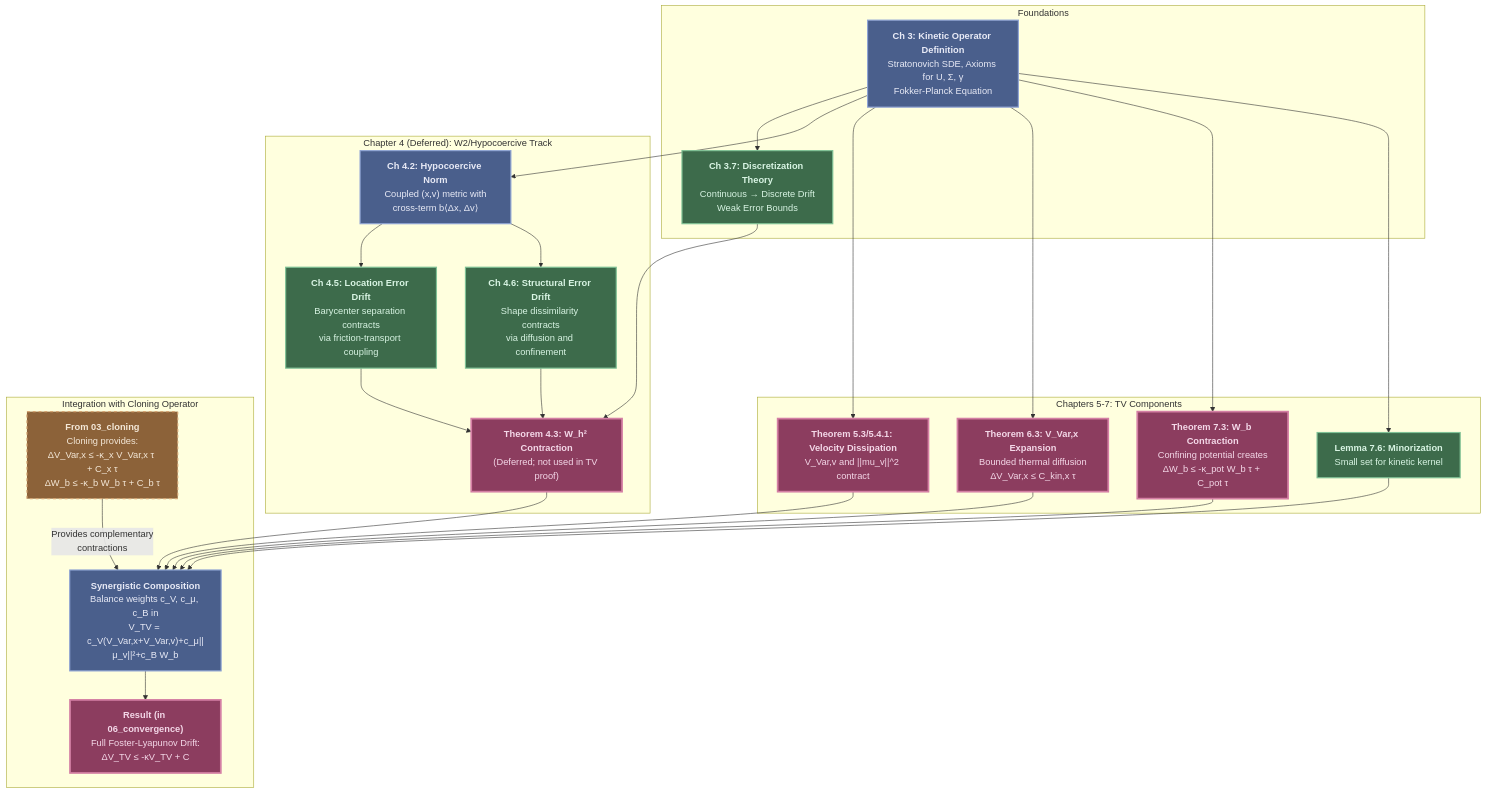
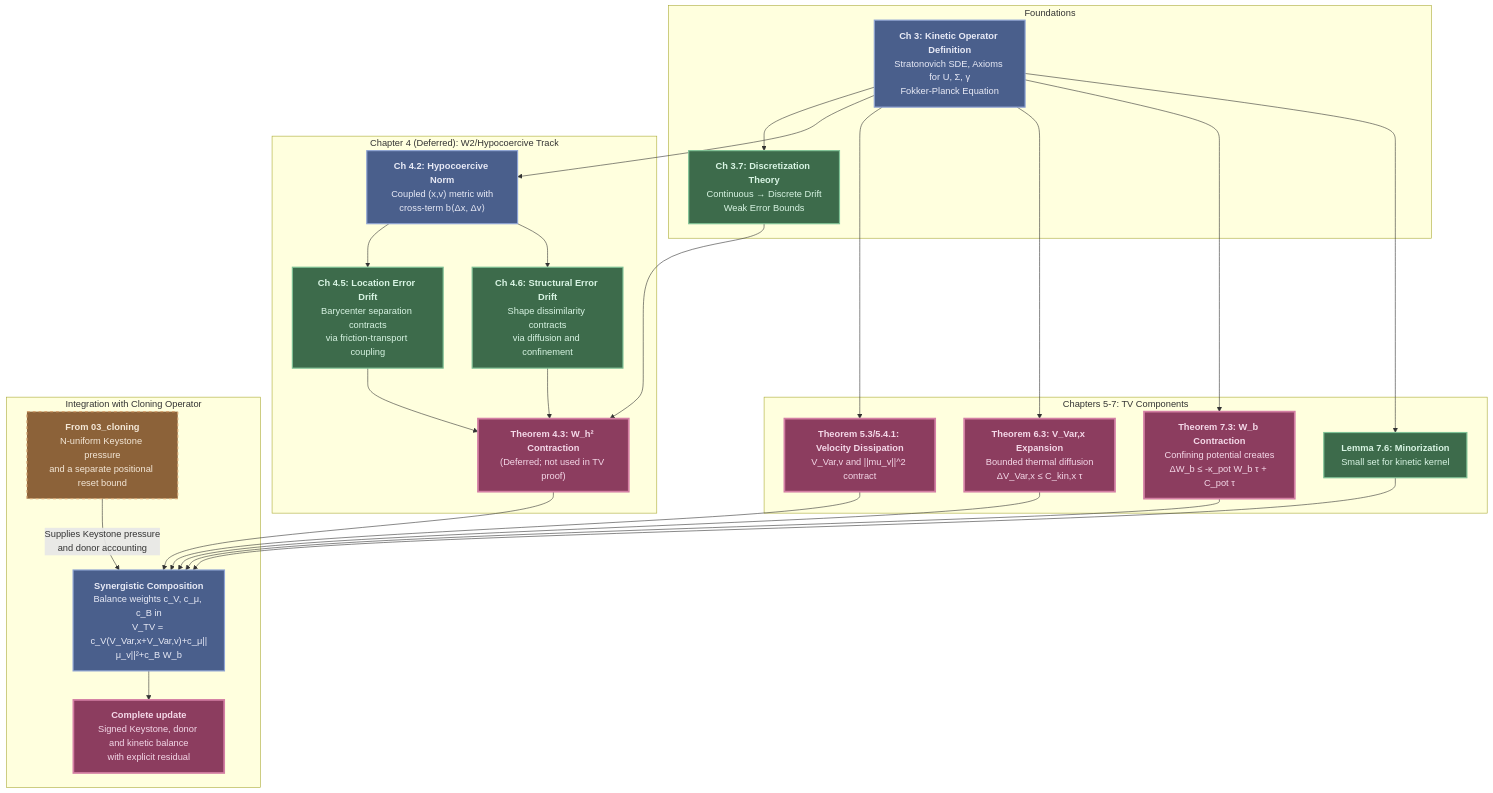
One commit to FragileTech/fragile changed the diagram in docs/source/2_fractal_gas/convergence_program/05_kinetic_contraction.md. Above: the diagram before and after it, drawn with Mermaid. The commit also changed other lines of this file and 375 other files, not shown here.

````diff
--- a/docs/source/2_fractal_gas/convergence_program/05_kinetic_contraction.md
+++ b/docs/source/2_fractal_gas/convergence_program/05_kinetic_contraction.md
@@ -59,53 +63,53 @@
 ```{mermaid}
 graph TD
     subgraph "Foundations"
         A["<b>Ch 3: Kinetic Operator Definition</b><br>Stratonovich SDE, Axioms for U, Σ, γ<br>Fokker-Planck Equation"]:::stateStyle
         B["<b>Ch 3.7: Discretization Theory</b><br>Continuous → Discrete Drift<br>Weak Error Bounds"]:::lemmaStyle
     end
 
     subgraph "Chapter 4 (Deferred): W2/Hypocoercive Track"
         C["<b>Ch 4.2: Hypocoercive Norm</b><br>Coupled (x,v) metric with<br>cross-term b⟨Δx, Δv⟩"]:::stateStyle
         D["<b>Ch 4.5: Location Error Drift</b><br>Barycenter separation contracts<br>via friction-transport coupling"]:::lemmaStyle
         E["<b>Ch 4.6: Structural Error Drift</b><br>Shape dissimilarity contracts<br>via diffusion and confinement"]:::lemmaStyle
         F["<b>Theorem 4.3: W_h² Contraction</b><br>(Deferred; not used in TV proof)"]:::theoremStyle
     end
 
     subgraph "Chapters 5-7: TV Components"
         G["<b>Theorem 5.3/5.4.1: Velocity Dissipation</b><br>V_Var,v and ||mu_v||^2 contract"]:::theoremStyle
         H["<b>Theorem 6.3: V_Var,x Expansion</b><br>Bounded thermal diffusion<br>ΔV_Var,x ≤ C_kin,x τ"]:::theoremStyle
         I["<b>Theorem 7.3: W_b Contraction</b><br>Confining potential creates<br>ΔW_b ≤ -κ_pot W_b τ + C_pot τ"]:::theoremStyle
         I2["<b>Lemma 7.6: Minorization</b><br>Small set for kinetic kernel"]:::lemmaStyle
     end
 
     subgraph "Integration with Cloning Operator"
-        J["<b>From 03_cloning</b><br>Cloning provides:<br>ΔV_Var,x ≤ -κ_x V_Var,x τ + C_x τ<br>ΔW_b ≤ -κ_b W_b τ + C_b τ"]:::axiomStyle
+        J["<b>From 03_cloning</b><br>N-uniform Keystone pressure<br>and a separate positional reset bound"]:::axiomStyle
         K["<b>Synergistic Composition</b><br>Balance weights c_V, c_μ, c_B in<br>V_TV = c_V(V_Var,x+V_Var,v)+c_μ||μ_v||²+c_B W_b"]:::stateStyle
-        L["<b>Result (in 06_convergence)</b><br>Full Foster-Lyapunov Drift:<br>ΔV_TV ≤ -κV_TV + C"]:::theoremStyle
+        L["<b>Complete update</b><br>Signed Keystone, donor and kinetic balance<br>with explicit residual"]:::theoremStyle
     end
 
     A --> B
     A --> C
     B --> F
     C --> D
     C --> E
     D --> F
     E --> F
 
     A --> G
     A --> H
     A --> I
     A --> I2
 
     F --> K
     G --> K
     H --> K
     I --> K
     I2 --> K
-    J -- "Provides complementary<br>contractions" --> K
+    J -- "Supplies Keystone pressure<br>and donor accounting" --> K
     K --> L
 
     classDef stateStyle fill:#4a5f8c,stroke:#8fa4d4,stroke-width:2px,color:#e8eaf6
     classDef axiomStyle fill:#8c6239,stroke:#d4a574,stroke-width:2px,stroke-dasharray: 5 5,color:#f4e8d8
     classDef lemmaStyle fill:#3d6b4b,stroke:#7fc296,stroke-width:2px,color:#d8f4e3
     classDef theoremStyle fill:#8c3d5f,stroke:#d47fa4,stroke-width:3px,color:#f4d8e8
 ```
````
